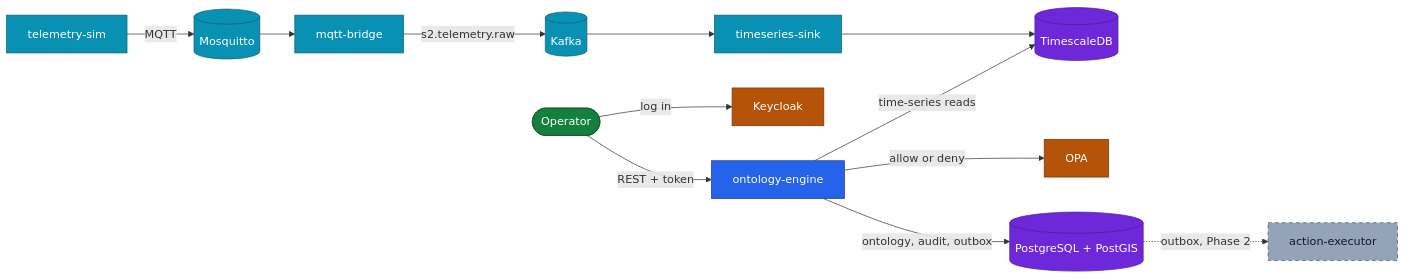
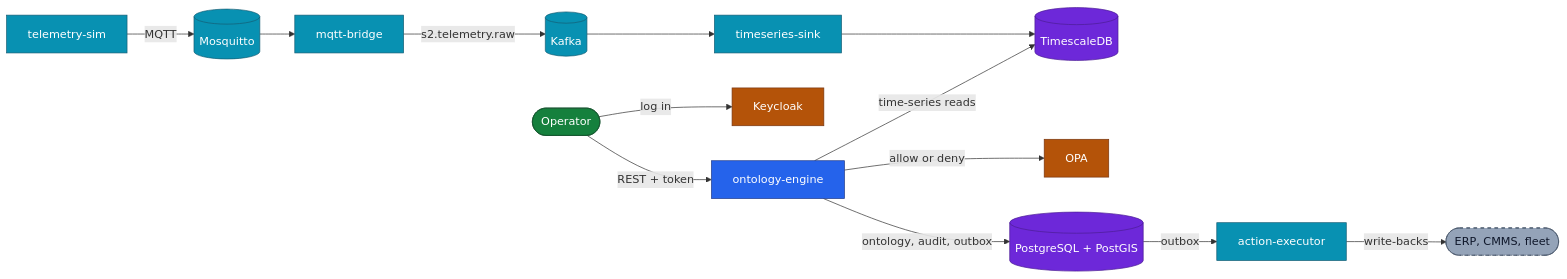
The second of 5 diagrams in README.md (veerendra-saraswathi/S2), drawn with Mermaid before and after one commit. The commit also changed other lines of this file and 28 other files, not shown here.

First line of the commit message:
Phase 2, slice 1: action executor delivers queued write-backs

````diff
--- a/README.md
+++ b/README.md
@@ -109,22 +109,23 @@
 ```mermaid
 flowchart LR
     sim["telemetry-sim"]:::ingest -->|MQTT| mqtt[("Mosquitto")]:::ingest
     mqtt --> bridge["mqtt-bridge"]:::ingest
     bridge -->|"s2.telemetry.raw"| kafka[("Kafka")]:::ingest
     kafka --> sink["timeseries-sink"]:::ingest
     sink --> tsdb[("TimescaleDB")]:::store
 
     user(["Operator"]):::use -->|"log in"| kc["Keycloak"]:::gov
     user -->|"REST + token"| engine["ontology-engine"]:::core
     engine -->|"allow or deny"| opa["OPA"]:::gov
     engine -->|"ontology, audit, outbox"| pg[("PostgreSQL + PostGIS")]:::store
     engine -->|"time-series reads"| tsdb
-    pg -.->|"outbox, Phase 2"| exec["action-executor"]:::planned
+    pg -->|"outbox"| exec["action-executor"]:::ingest
+    exec -->|"write-backs"| ext(["ERP, CMMS, fleet"]):::planned
 
     classDef ingest fill:#0891b2,stroke:#155e75,color:#ffffff
     classDef core fill:#2563eb,stroke:#1e3a8a,color:#ffffff
     classDef gov fill:#b45309,stroke:#78350f,color:#ffffff
     classDef store fill:#6d28d9,stroke:#4c1d95,color:#ffffff
     classDef use fill:#15803d,stroke:#14532d,color:#ffffff
     classDef planned fill:#94a3b8,stroke:#475569,color:#0f172a,stroke-dasharray: 5 5
 ```
````
